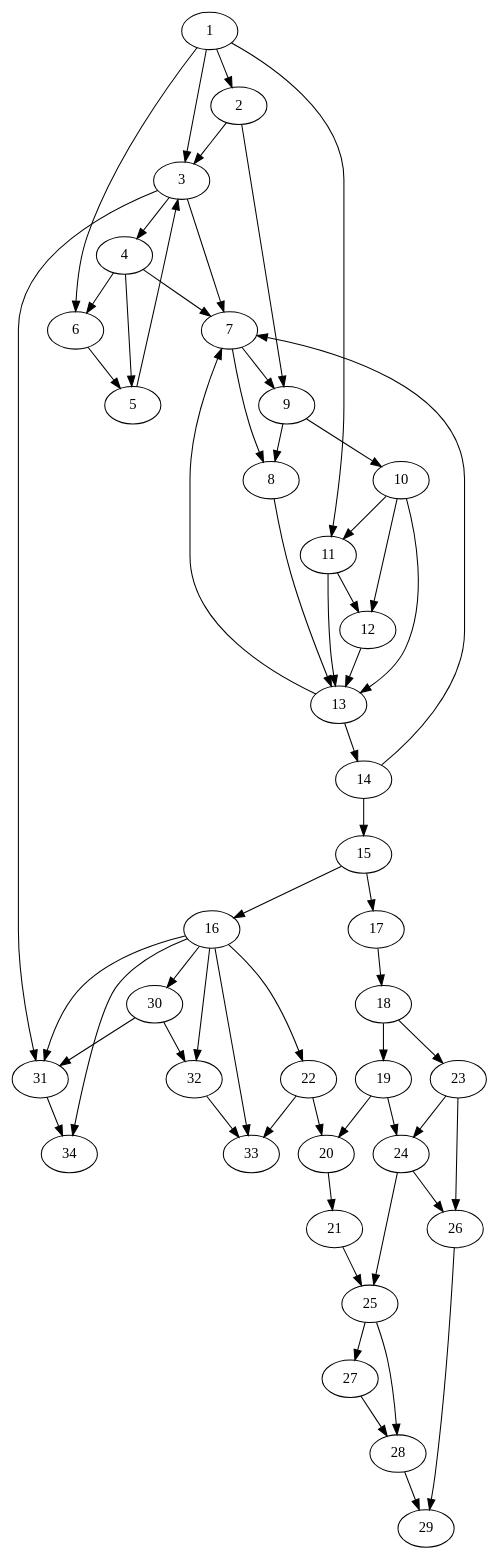
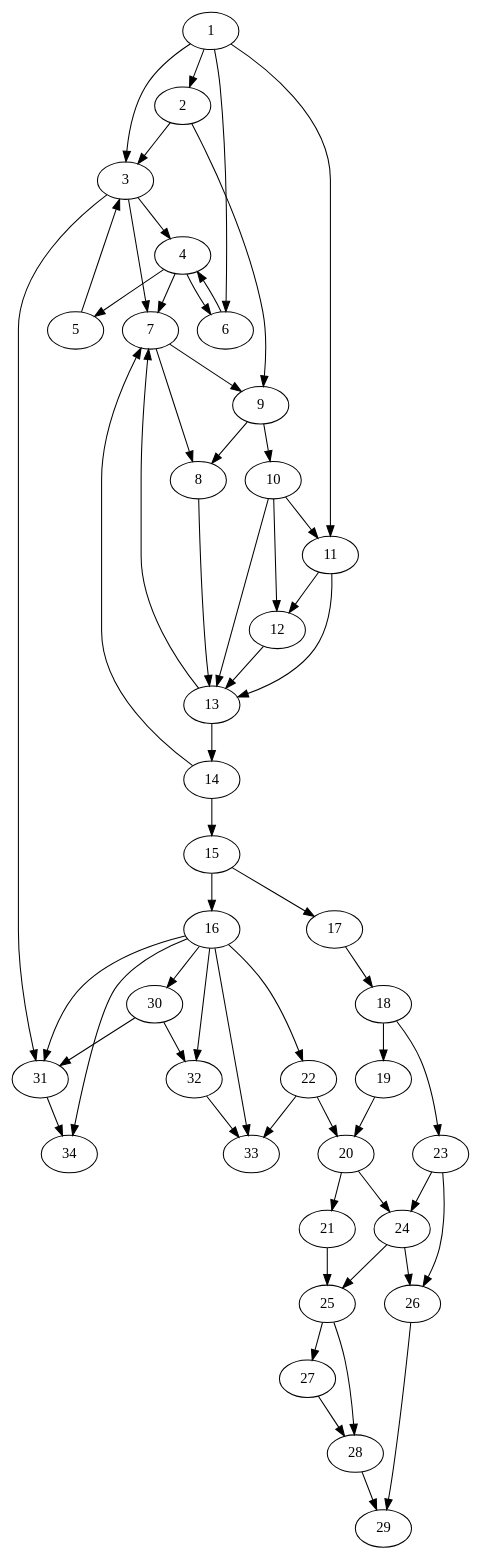
Before and after one commit to FadedGuy/Universidad: the diagram in L3/graphes/tp2/init.dot, drawn with Graphviz. The commit also changed 1 other file, not shown here.

Commit message:
graphes tp2 complete

```diff
--- a/L3/graphes/tp2/init.dot
+++ b/L3/graphes/tp2/init.dot
@@ -1,95 +1,95 @@
 digraph G {
 0[label=1];
 1[label=2];
 2[label=3];
 3[label=4];
 4[label=5];
 5[label=6];
 6[label=7];
 7[label=8];
 8[label=9];
 9[label=10];
 10[label=11];
 11[label=12];
 12[label=13];
 13[label=14];
 14[label=15];
 15[label=16];
 16[label=17];
 17[label=18];
 18[label=19];
 19[label=20];
 20[label=21];
 21[label=22];
 22[label=23];
 23[label=24];
 24[label=25];
 25[label=26];
 26[label=27];
 27[label=28];
 28[label=29];
 29[label=30];
 30[label=31];
 31[label=32];
 32[label=33];
 33[label=34];
 0->1 ;
 0->2 ;
 0->5 ;
 0->10 ;
 1->2 ;
 1->8 ;
 2->3 ;
 2->6 ;
 2->30 ;
 3->4 ;
 3->5 ;
 3->6 ;
 4->2 ;
-5->4 ;
+5->3 ;
 6->7 ;
 6->8 ;
 7->12 ;
 8->7 ;
 8->9 ;
 9->10 ;
 9->11 ;
 9->12 ;
 10->11 ;
 10->12 ;
 11->12 ;
 12->6 ;
 12->13 ;
 13->6 ;
 13->14 ;
 14->15 ;
 14->16 ;
 15->21 ;
 15->29 ;
 15->30 ;
 15->31 ;
 15->32 ;
 15->33 ;
 16->17 ;
 17->18 ;
 17->22 ;
 18->19 ;
-18->23 ;
 19->20 ;
+19->23 ;
 20->24 ;
 21->19 ;
 21->32 ;
 22->23 ;
 22->25 ;
 23->24 ;
 23->25 ;
 24->26 ;
 24->27 ;
 25->28 ;
 26->27 ;
 27->28 ;
 29->30 ;
 29->31 ;
 30->33 ;
 31->32 ;
 }
```
